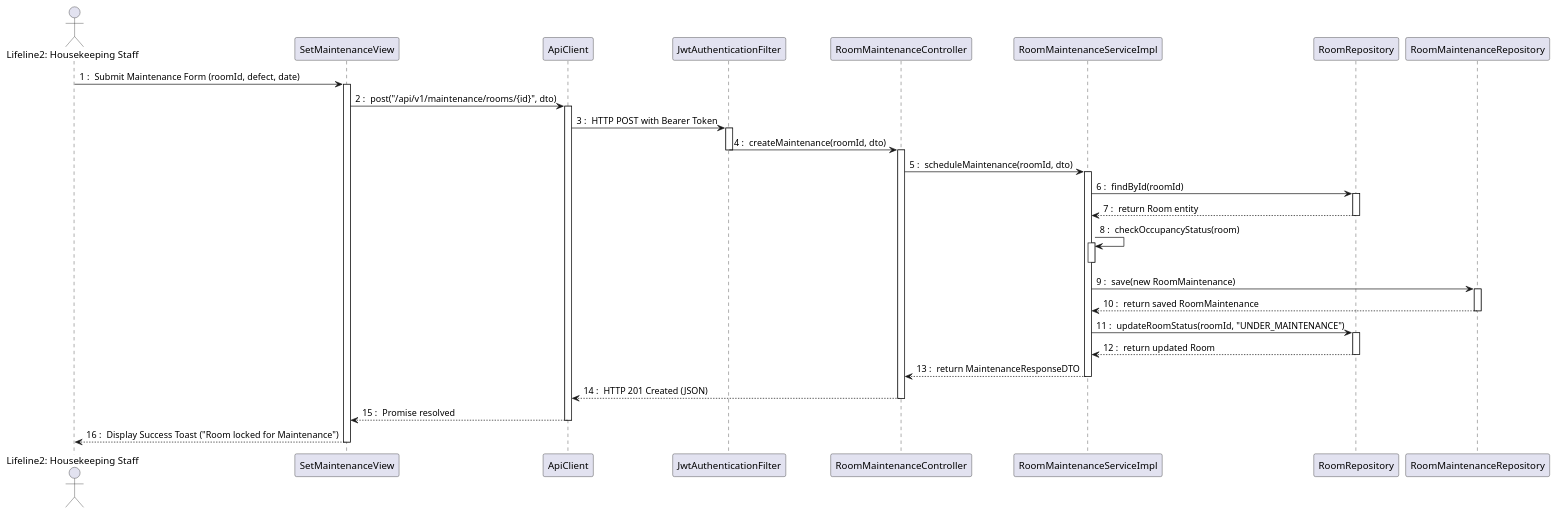
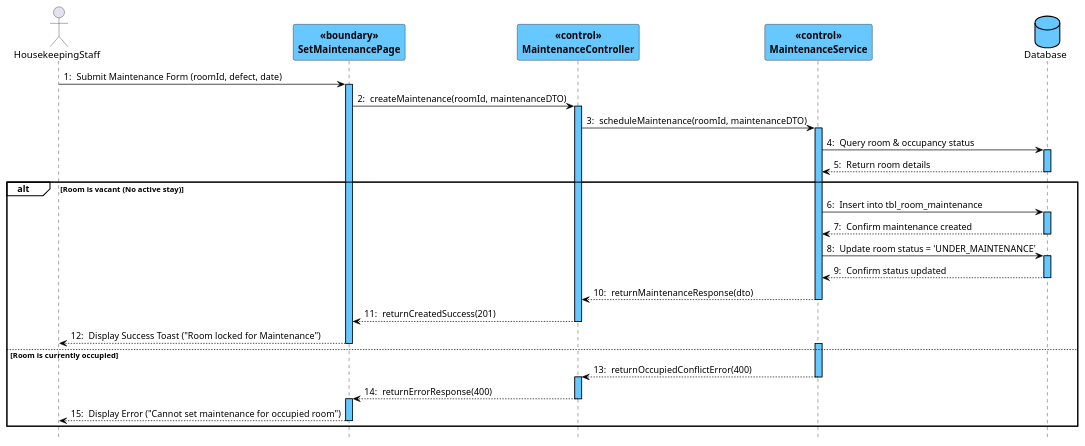
The third of 7 diagrams in docs/Class + Sequence/Sequence Diagram(s) (PlantUML).md (hieupeek/sba_doc), drawn with PlantUML before and after one commit. The commit also changed other lines of this file and 23 other files, not shown here.

Commit message:
docs: update class diagrams to association and sequence diagrams to COMET VP style

````diff
--- a/docs/Class + Sequence/Sequence Diagram(s) (PlantUML).md
+++ b/docs/Class + Sequence/Sequence Diagram(s) (PlantUML).md
@@ -143,62 +179,78 @@
 ```plantuml
 @startuml
 skinparam shadowed false
-autonumber 1 "0 : "
+autonumber 1 "0: "
+hide footbox
 
-actor "Lifeline2: Housekeeping Staff" as HKStaff
-participant SetMaintenanceView
-participant ApiClient
-participant JwtAuthenticationFilter
-participant RoomMaintenanceController
-participant RoomMaintenanceServiceImpl
-participant RoomRepository
-participant RoomMaintenanceRepository
+skinparam participantBackgroundColor #67C8FF
+skinparam participantBorderColor #000000
+skinparam participantFontColor #000000
+skinparam participantFontStyle bold
 
-HKStaff -> SetMaintenanceView : Submit Maintenance Form (roomId, defect, date)
-activate SetMaintenanceView
+skinparam databaseBackgroundColor #67C8FF
+skinparam databaseBorderColor #000000
+skinparam databaseFontColor #000000
 
-SetMaintenanceView -> ApiClient : post("/api/v1/maintenance/rooms/{id}", dto)
-activate ApiClient
+skinparam sequenceLifeLineBackgroundColor #67C8FF
+skinparam sequenceLifeLineBorderColor #000000
+skinparam sequenceArrowColor #000000
 
-ApiClient -> JwtAuthenticationFilter : HTTP POST with Bearer Token
-activate JwtAuthenticationFilter
+skinparam SequenceGroupFontColor #000000
+skinparam SequenceGroupFontStyle bold
+skinparam SequenceGroupHeaderFontColor #000000
+skinparam SequenceGroupHeaderFontStyle bold
+skinparam SequenceGroupBorderColor #000000
+skinparam SequenceGroupBackgroundColor transparent
 
-JwtAuthenticationFilter -> RoomMaintenanceController : createMaintenance(roomId, dto)
-deactivate JwtAuthenticationFilter
-activate RoomMaintenanceController
+actor HousekeepingStaff
+participant SetMaintenancePage <<boundary>>
+participant MaintenanceController <<control>>
+participant MaintenanceService <<control>>
+database Database
 
-RoomMaintenanceController -> RoomMaintenanceServiceImpl : scheduleMaintenance(roomId, dto)
-activate RoomMaintenanceServiceImpl
+HousekeepingStaff -> SetMaintenancePage : Submit Maintenance Form (roomId, defect, date)
+activate SetMaintenancePage
 
-RoomMaintenanceServiceImpl -> RoomRepository : findById(roomId)
-activate RoomRepository
-RoomRepository --> RoomMaintenanceServiceImpl : return Room entity
-deactivate RoomRepository
+SetMaintenancePage -> MaintenanceController : createMaintenance(roomId, maintenanceDTO)
+activate MaintenanceController
 
-RoomMaintenanceServiceImpl -> RoomMaintenanceServiceImpl : checkOccupancyStatus(room)
-activate RoomMaintenanceServiceImpl
-deactivate RoomMaintenanceServiceImpl
+MaintenanceController -> MaintenanceService : scheduleMaintenance(roomId, maintenanceDTO)
+activate MaintenanceService
 
-RoomMaintenanceServiceImpl -> RoomMaintenanceRepository : save(new RoomMaintenance)
-activate RoomMaintenanceRepository
-RoomMaintenanceRepository --> RoomMaintenanceServiceImpl : return saved RoomMaintenance
-deactivate RoomMaintenanceRepository
+MaintenanceService -> Database : Query room & occupancy status
+activate Database
+Database --> MaintenanceService : Return room details
+deactivate Database
 
-RoomMaintenanceServiceImpl -> RoomRepository : updateRoomStatus(roomId, "UNDER_MAINTENANCE")
-activate RoomRepository
-RoomRepository --> RoomMaintenanceServiceImpl : return updated Room
-deactivate RoomRepository
+alt Room is vacant (No active stay)
+    MaintenanceService -> Database : Insert into tbl_room_maintenance
+    activate Database
+    Database --> MaintenanceService : Confirm maintenance created
+    deactivate Database
 
-RoomMaintenanceServiceImpl --> RoomMaintenanceController : return MaintenanceResponseDTO
-deactivate RoomMaintenanceServiceImpl
+    MaintenanceService -> Database : Update room status = 'UNDER_MAINTENANCE'
+    activate Database
+    Database --> MaintenanceService : Confirm status updated
+    deactivate Database
 
-RoomMaintenanceController --> ApiClient : HTTP 201 Created (JSON)
-deactivate RoomMaintenanceController
+    MaintenanceService --> MaintenanceController : returnMaintenanceResponse(dto)
+    deactivate MaintenanceService
 
-ApiClient --> SetMaintenanceView : Promise resolved
-deactivate ApiClient
+    MaintenanceController --> SetMaintenancePage : returnCreatedSuccess(201)
+    deactivate MaintenanceController
 
-SetMaintenanceView --> HKStaff : Display Success Toast ("Room locked for Maintenance")
-deactivate SetMaintenanceView
+    SetMaintenancePage --> HousekeepingStaff : Display Success Toast ("Room locked for Maintenance")
+    deactivate SetMaintenancePage
+else Room is currently occupied
+    activate MaintenanceService
+    MaintenanceService --> MaintenanceController : returnOccupiedConflictError(400)
+    deactivate MaintenanceService
+    activate MaintenanceController
+    MaintenanceController --> SetMaintenancePage : returnErrorResponse(400)
+    deactivate MaintenanceController
+    activate SetMaintenancePage
+    SetMaintenancePage --> HousekeepingStaff : Display Error ("Cannot set maintenance for occupied room")
+    deactivate SetMaintenancePage
+end
 @enduml
 ```
````
